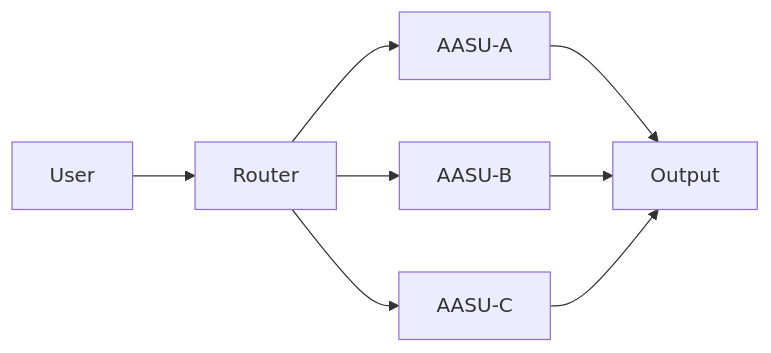
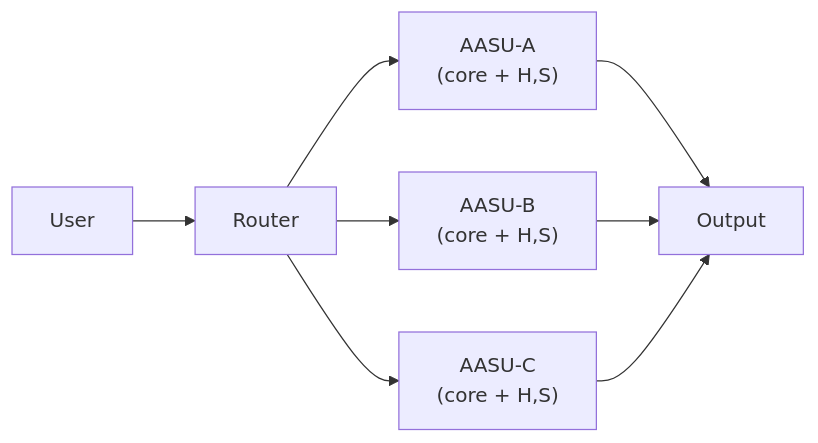
The fourth of 5 diagrams in docs/whitepapers/AASU_White_Paper_Publish_Ready_v1_2.md (SAISec/AASU), drawn with Mermaid before and after one commit. The commit also changed other lines of this file and 20 other files, not shown here.

````diff
--- a/docs/whitepapers/AASU_White_Paper_Publish_Ready_v1_2.md
+++ b/docs/whitepapers/AASU_White_Paper_Publish_Ready_v1_2.md
@@ -102,10 +104,10 @@
 ``` mermaid
 flowchart LR
     User --> Router
-    Router --> A1[AASU-A]
-    Router --> A2[AASU-B]
-    Router --> A3[AASU-C]
+    Router --> A1["AASU-A<br/>(core + H,S)"]
+    Router --> A2["AASU-B<br/>(core + H,S)"]
+    Router --> A3["AASU-C<br/>(core + H,S)"]
     A1 --> Output
     A2 --> Output
     A3 --> Output
 ```
````
